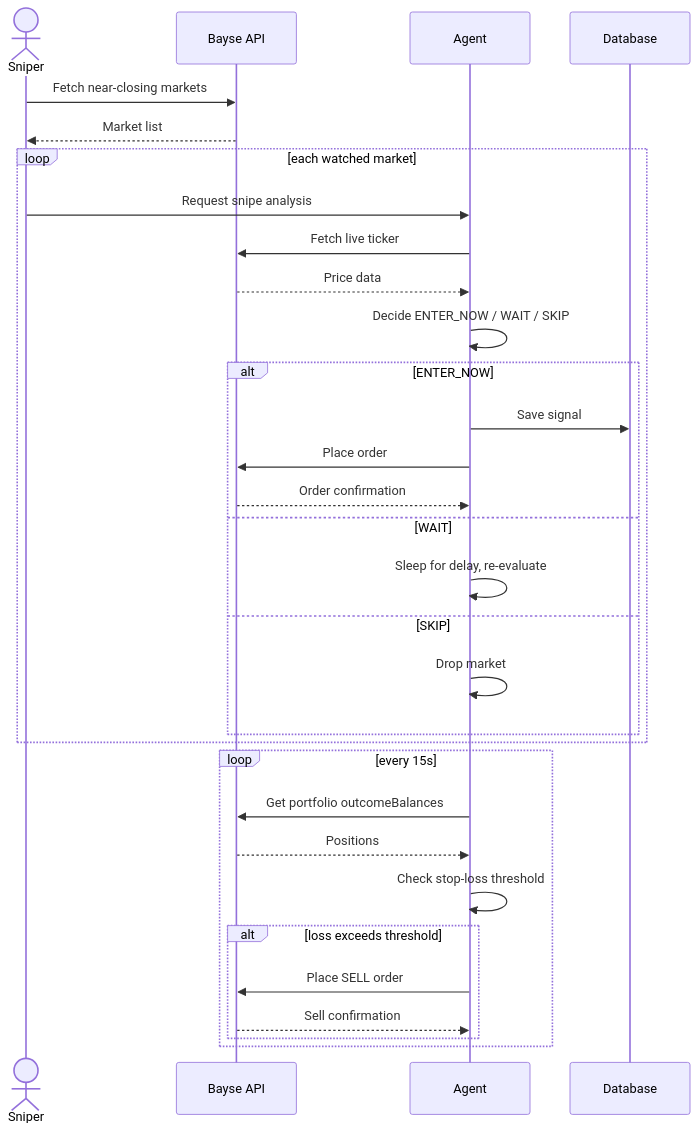
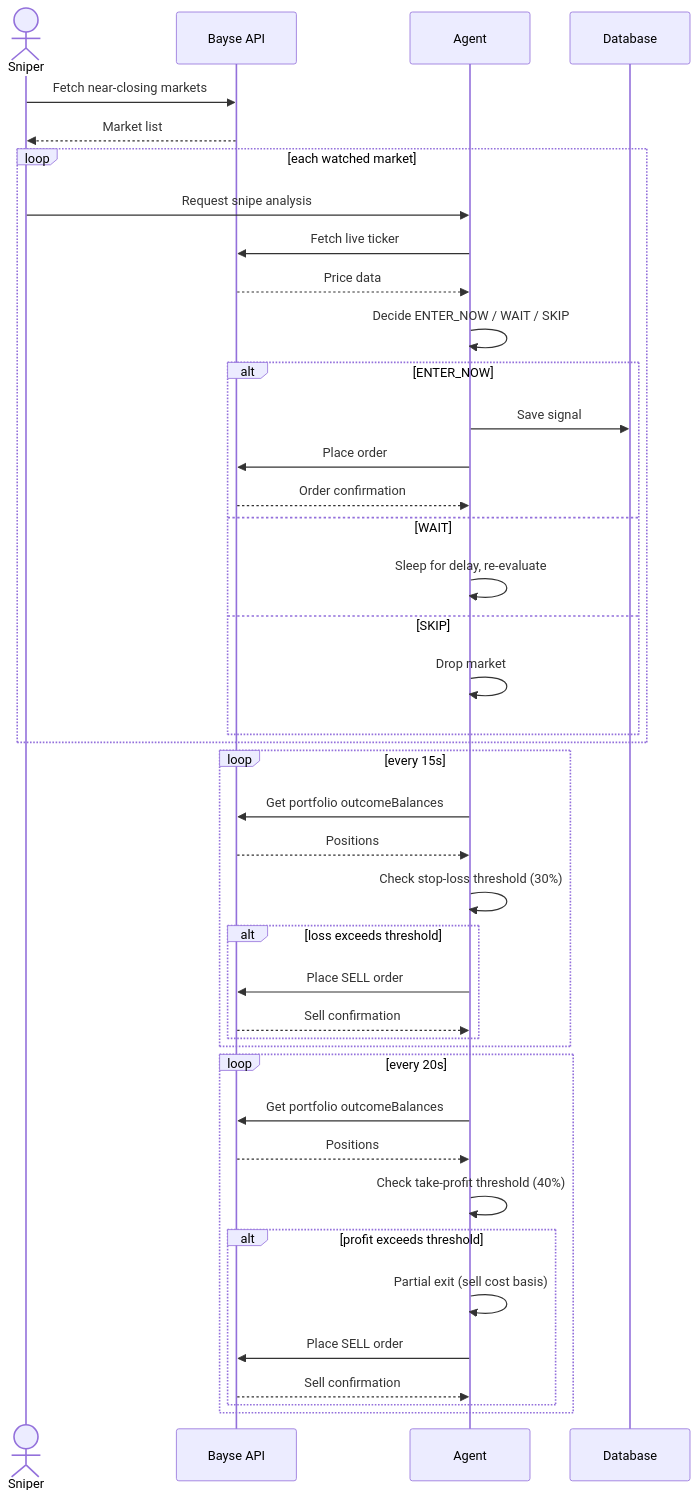
One commit to abeenoch/agentBayse changed the third of 3 diagrams in README.md. Above: the diagram before and after it, drawn with Mermaid. The commit also changed other lines of this file and 33 other files, not shown here.

First line of the commit message:
feat: signal outcome tracking, take-profit scanner, Bayes training pipeline, DuckDuckGo search

````diff
--- a/README.md
+++ b/README.md
@@ -102,35 +106,46 @@
 ```mermaid
 sequenceDiagram
     actor Sniper
     participant BayseAPI as Bayse API
     participant Agent
     participant DB as Database
 
     Sniper->>BayseAPI: Fetch near‑closing markets
     BayseAPI-->>Sniper: Market list
     loop each watched market
         Sniper->>Agent: Request snipe analysis
         Agent->>BayseAPI: Fetch live ticker
         BayseAPI-->>Agent: Price data
         Agent->>Agent: Decide ENTER_NOW / WAIT / SKIP
         alt ENTER_NOW
             Agent->>DB: Save signal
             Agent->>BayseAPI: Place order
             BayseAPI-->>Agent: Order confirmation
         else WAIT
             Agent->>Agent: Sleep for delay, re‑evaluate
         else SKIP
             Agent->>Agent: Drop market
         end
     end
 
     loop every 15s
         Agent->>BayseAPI: Get portfolio outcomeBalances
         BayseAPI-->>Agent: Positions
-        Agent->>Agent: Check stop‑loss threshold
+        Agent->>Agent: Check stop‑loss threshold (30%)
         alt loss exceeds threshold
             Agent->>BayseAPI: Place SELL order
             BayseAPI-->>Agent: Sell confirmation
         end
     end
+
+    loop every 20s
+        Agent->>BayseAPI: Get portfolio outcomeBalances
+        BayseAPI-->>Agent: Positions
+        Agent->>Agent: Check take‑profit threshold (40%)
+        alt profit exceeds threshold
+            Agent->>Agent: Partial exit (sell cost basis)
+            Agent->>BayseAPI: Place SELL order
+            BayseAPI-->>Agent: Sell confirmation
+        end
+    end
 ```
````
